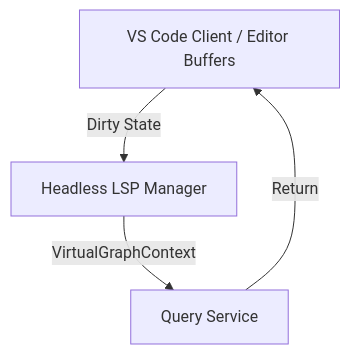
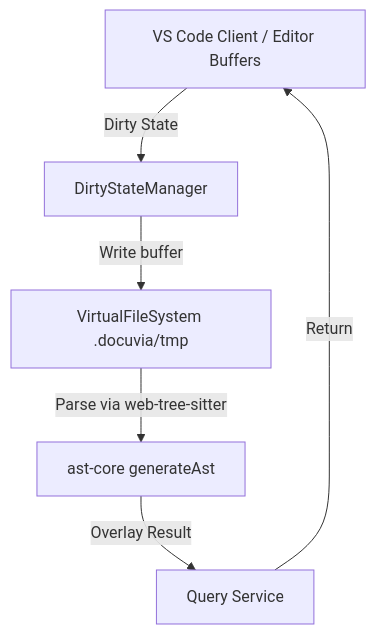
Before and after one commit to dyphn1/Docuvia: the diagram in docs/gitbook/roadmap/features/headless-lsp-manager.md, drawn with Mermaid. The commit also changed other lines of this file and 26 other files, not shown here.

First line of the commit message:
docs(roadmap): fix broken links, stale claims, and unverified checklists

````diff
--- a/docs/gitbook/roadmap/features/headless-lsp-manager.md
+++ b/docs/gitbook/roadmap/features/headless-lsp-manager.md
@@ -16,6 +19,8 @@
 ```mermaid
 graph TD
-    VSC[VS Code Client / Editor Buffers] --> |Dirty State| HLSP[Headless LSP Manager]
-    HLSP --> |VirtualGraphContext| Query[Query Service]
+    VSC[VS Code Client / Editor Buffers] --> |Dirty State| DSM[DirtyStateManager]
+    DSM --> |Write buffer| VFS[VirtualFileSystem .docuvia/tmp]
+    VFS --> |Parse via web-tree-sitter| AST[ast-core generateAst]
+    AST --> |Overlay Result| Query[Query Service]
     Query --> |Return| VSC
 ```
````
